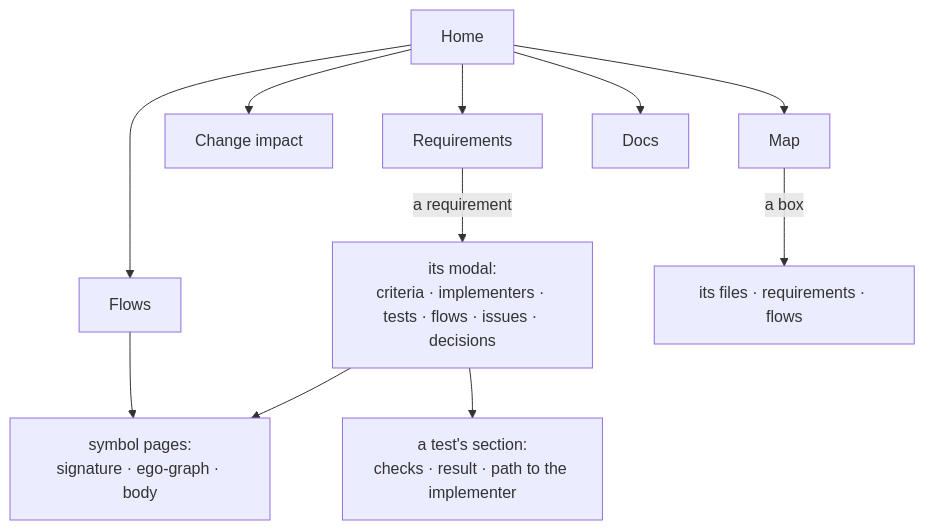
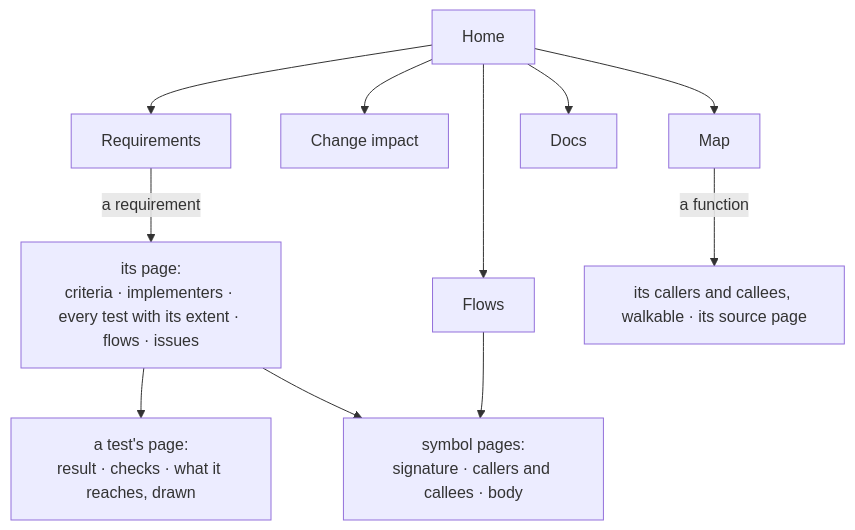
The second of 3 diagrams in docs/WIKI.md (tvanfossen/clew), drawn with Mermaid before and after one commit. The commit also changed other lines of this file and 36 other files, not shown here.

First line of the commit message:
feat(wiki): round 4 — repository web, a page per requirement and per test, honest figures

````diff
--- a/docs/WIKI.md
+++ b/docs/WIKI.md
@@ -46,13 +46,13 @@
 ```mermaid
 flowchart TB
   home[Home] --> req[Requirements]
   home --> flows[Flows]
   home --> impact[Change impact]
   home --> map[Map]
   home --> docs[Docs]
-  req -- a requirement --> modal[its modal:<br/>criteria · implementers · tests · flows · issues · decisions]
-  modal --> sym[symbol pages:<br/>signature · ego-graph · body]
-  modal --> test[a test's section:<br/>checks · result · path to the implementer]
+  req -- a requirement --> rpage[its page:<br/>criteria · implementers · every test with its extent · flows · issues]
+  rpage --> test[a test's page:<br/>result · checks · what it reaches, drawn]
+  rpage --> sym[symbol pages:<br/>signature · callers and callees · body]
   flows --> sym
-  map -- a box --> comp[its files · requirements · flows]
+  map -- a function --> walk[its callers and callees, walkable · its source page]
 ```
````
